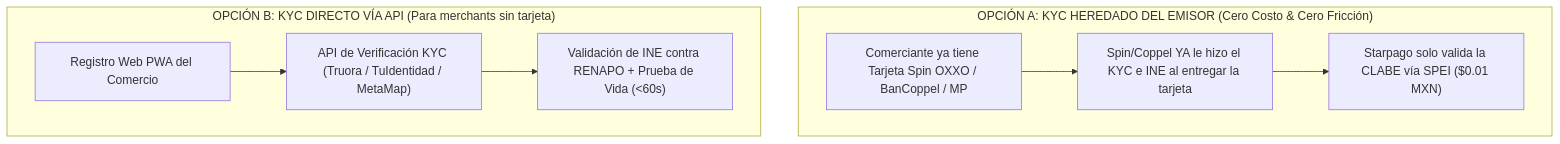
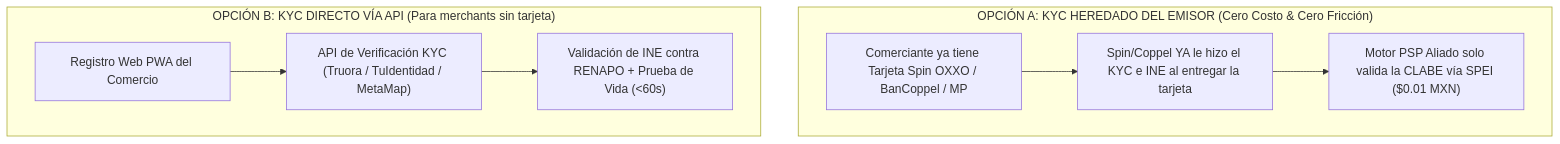
Before and after one commit to agutierrez11/riviera-maya-payments: the diagram in ESTRUCTURA_COSTOS_KYC_Y_OPERACION_ONBOARDING.md, drawn with Mermaid. The commit also changed other lines of this file and 11 other files, not shown here.

````diff
--- a/ESTRUCTURA_COSTOS_KYC_Y_OPERACION_ONBOARDING.md
+++ b/ESTRUCTURA_COSTOS_KYC_Y_OPERACION_ONBOARDING.md
@@ -14,12 +14,12 @@
 ```mermaid
 flowchart TD
     subgraph OPCION1 ["OPCIÓN A: KYC HEREDADO DEL EMISOR (Cero Costo & Cero Fricción)"]
         A1["Comerciante ya tiene Tarjeta Spin OXXO / BanCoppel / MP"] --> A2["Spin/Coppel YA le hizo el KYC e INE al entregar la tarjeta"]
-        A2 --> A3["Starpago solo valida la CLABE vía SPEI ($0.01 MXN)"]
+        A2 --> A3["Motor PSP Aliado solo valida la CLABE vía SPEI ($0.01 MXN)"]
     end
 
     subgraph OPCION2 ["OPCIÓN B: KYC DIRECTO VÍA API (Para merchants sin tarjeta)"]
         B1["Registro Web PWA del Comercio"] --> B2["API de Verificación KYC (Truora / TuIdentidad / MetaMap)"]
         B2 --> B3["Validación de INE contra RENAPO + Prueba de Vida (<60s)"]
     end
 ```
````
